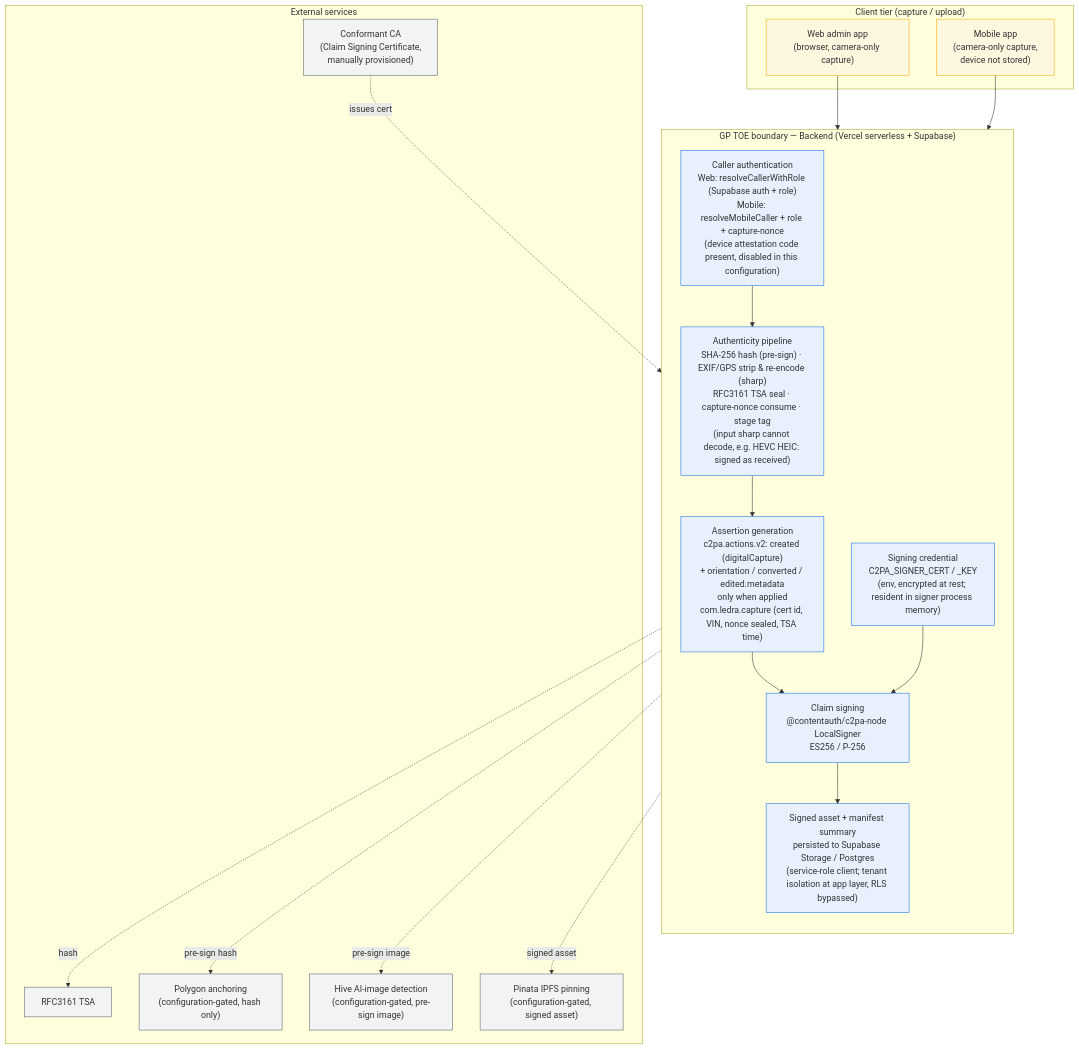
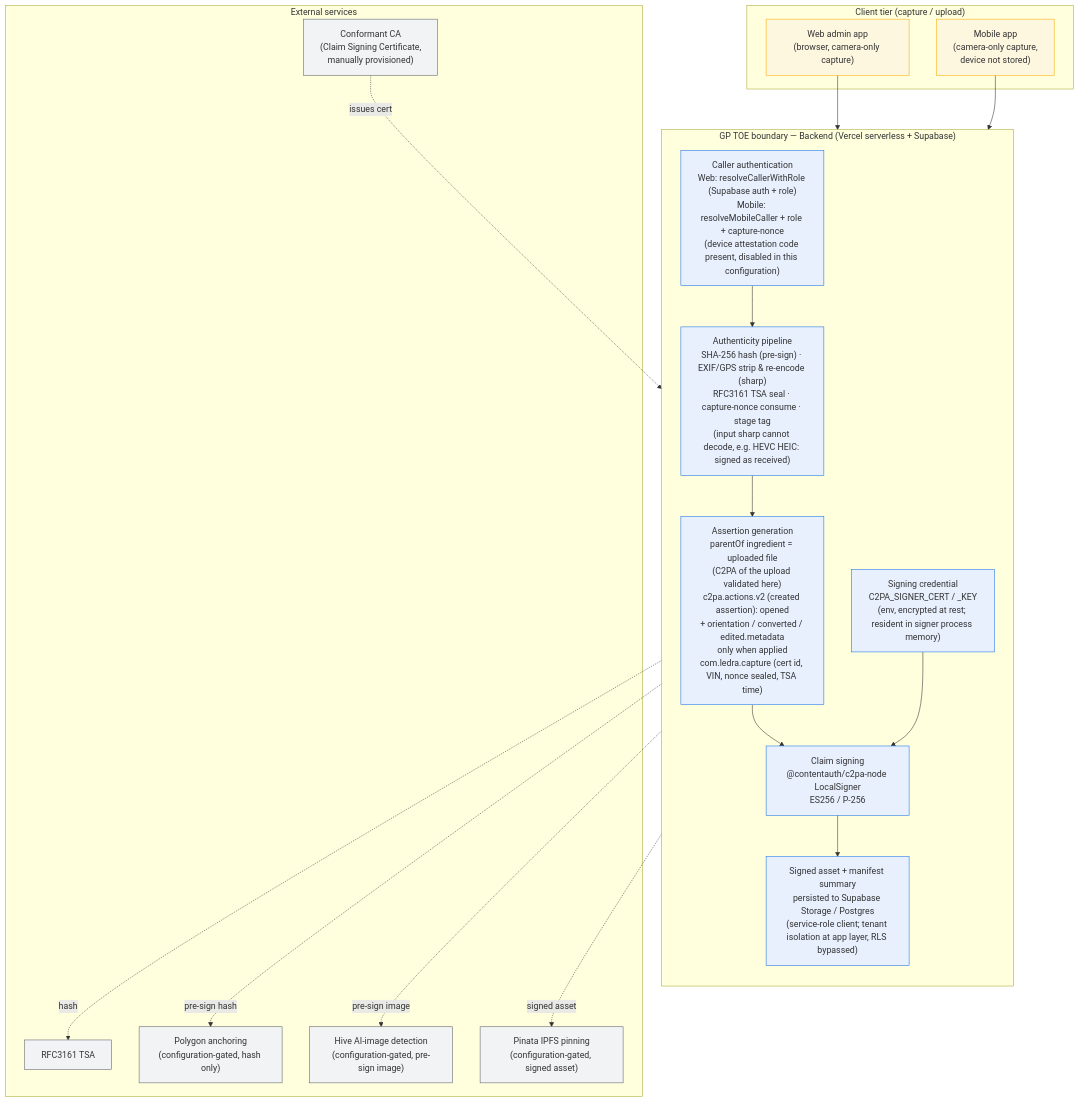
The diagram in docs/diagrams/c2pa-gp-toe.mmd (holy-auto/Ledra), drawn with Mermaid before and after one commit. The commit also changed 19 other files, not shown here.

First line of the commit message:
fix(c2pa): 署名を c2pa.opened＋アップロード原本の ingredient に変更（Conformance 差し戻し対応）

```diff
--- a/docs/diagrams/c2pa-gp-toe.mmd
+++ b/docs/diagrams/c2pa-gp-toe.mmd
@@ -1,44 +1,44 @@
 %% Ledra Generator Product — Target of Evaluation (TOE), Backend class, Assurance Level 1
 %% TOE boundary: from asset capture/upload through claim signing to persistence of the signed asset.
 flowchart TB
     subgraph CLIENT["Client tier (capture / upload)"]
         WEB["Web admin app<br/>(browser, camera-only capture)"]
         MOB["Mobile app<br/>(camera-only capture,<br/>device not stored)"]
     end
 
     subgraph TOE["GP TOE boundary — Backend (Vercel serverless + Supabase)"]
         direction TB
         AUTH["Caller authentication<br/>Web: resolveCallerWithRole (Supabase auth + role)<br/>Mobile: resolveMobileCaller + role + capture-nonce<br/>(device attestation code present, disabled in this configuration)"]
         PIPE["Authenticity pipeline<br/>SHA-256 hash (pre-sign) · EXIF/GPS strip &amp; re-encode (sharp)<br/>RFC3161 TSA seal · capture-nonce consume · stage tag<br/>(input sharp cannot decode, e.g. HEVC HEIC: signed as received)"]
-        ASSERT["Assertion generation<br/>c2pa.actions.v2: created (digitalCapture)<br/>+ orientation / converted / edited.metadata<br/>only when applied<br/>com.ledra.capture (cert id, VIN, nonce sealed, TSA time)"]
+        ASSERT["Assertion generation<br/>parentOf ingredient = uploaded file<br/>(C2PA of the upload validated here)<br/>c2pa.actions.v2 (created assertion): opened<br/>+ orientation / converted / edited.metadata<br/>only when applied<br/>com.ledra.capture (cert id, VIN, nonce sealed, TSA time)"]
         SIGN["Claim signing<br/>@contentauth/c2pa-node LocalSigner<br/>ES256 / P-256"]
         KEY["Signing credential<br/>C2PA_SIGNER_CERT / _KEY<br/>(env, encrypted at rest; resident in signer process memory)"]
         STORE["Signed asset + manifest summary<br/>persisted to Supabase Storage / Postgres<br/>(service-role client; tenant isolation at app layer, RLS bypassed)"]
     end
 
     subgraph EXT["External services"]
         CA["Conformant CA<br/>(Claim Signing Certificate,<br/>manually provisioned)"]
         TSA["RFC3161 TSA"]
         CHAIN["Polygon anchoring<br/>(configuration-gated, hash only)"]
         HIVE["Hive AI-image detection<br/>(configuration-gated, pre-sign image)"]
         IPFS["Pinata IPFS pinning<br/>(configuration-gated, signed asset)"]
     end
 
     WEB --> AUTH
     MOB --> AUTH
     AUTH --> PIPE --> ASSERT --> SIGN --> STORE
     KEY --> SIGN
     CA -. issues cert .-> KEY
     PIPE -. hash .-> TSA
     %% Polygon anchors the PRE-SIGN pipeline hash (SHA-256 of the stripped buffer),
     %% not the stored signed bytes — embedding the manifest changes the bytes.
     PIPE -. pre-sign hash .-> CHAIN
     PIPE -. pre-sign image .-> HIVE
     SIGN -. signed asset .-> IPFS
 
     classDef toe fill:#e8f0fe,stroke:#1a73e8,stroke-width:1px;
     classDef ext fill:#f1f3f4,stroke:#5f6368,stroke-width:1px;
     classDef cli fill:#fef7e0,stroke:#f9ab00,stroke-width:1px;
     class AUTH,PIPE,ASSERT,SIGN,KEY,STORE toe;
     class CA,TSA,CHAIN,HIVE,IPFS ext;
     class WEB,MOB cli;
```
